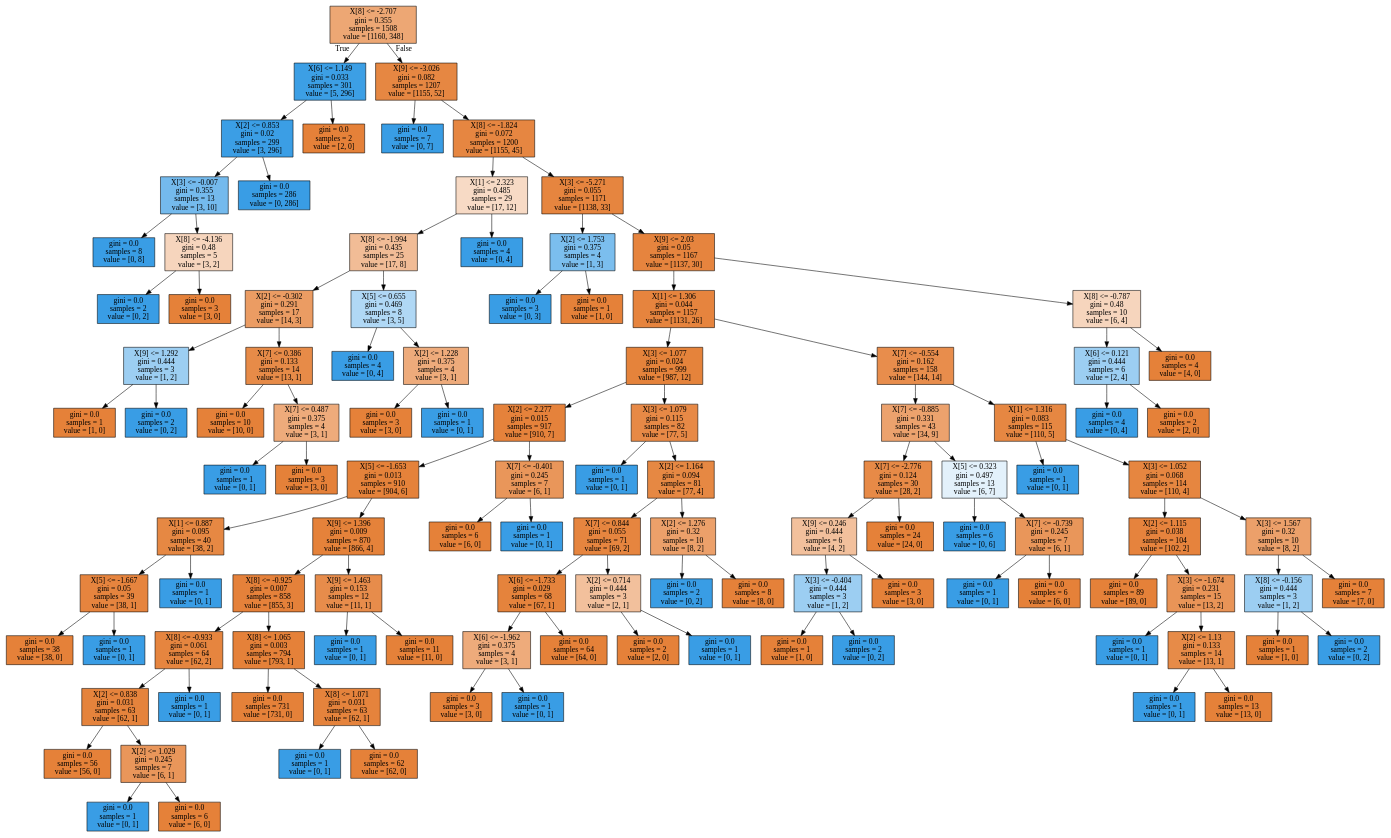
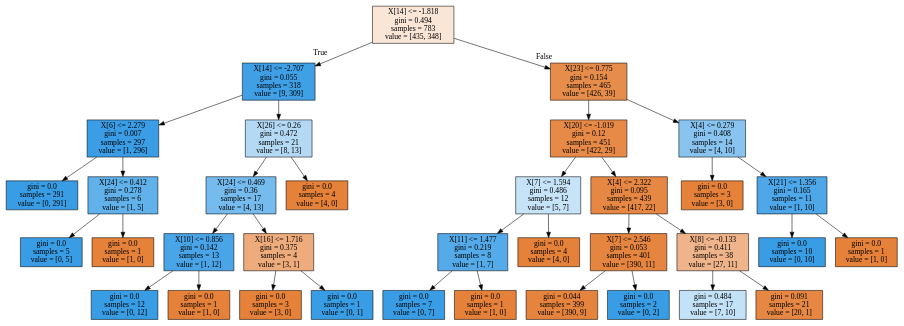
Before and after one commit to alu0101224084/TID-group4: the diagram in Proyecto/tree2.dot, drawn with Graphviz. The commit also changed 2 other files, not shown here.

```diff
--- a/Proyecto/tree2.dot
+++ b/Proyecto/tree2.dot
@@ -1,228 +1,72 @@
 digraph Tree {
 node [shape=box, style="filled", color="black"] ;
-0 [label="X[8] <= -2.707\ngini = 0.355\nsamples = 1508\nvalue = [1160, 348]", fillcolor="#eda774"] ;
-1 [label="X[6] <= 1.149\ngini = 0.033\nsamples = 301\nvalue = [5, 296]", fillcolor="#3c9fe5"] ;
+0 [label="X[14] <= -1.818\ngini = 0.494\nsamples = 783\nvalue = [435, 348]", fillcolor="#fae6d7"] ;
+1 [label="X[14] <= -2.707\ngini = 0.055\nsamples = 318\nvalue = [9, 309]", fillcolor="#3fa0e6"] ;
 0 -> 1 [labeldistance=2.5, labelangle=45, headlabel="True"] ;
-2 [label="X[2] <= 0.853\ngini = 0.02\nsamples = 299\nvalue = [3, 296]", fillcolor="#3b9ee5"] ;
+2 [label="X[6] <= 2.279\ngini = 0.007\nsamples = 297\nvalue = [1, 296]", fillcolor="#3a9de5"] ;
 1 -> 2 ;
-3 [label="X[3] <= -0.007\ngini = 0.355\nsamples = 13\nvalue = [3, 10]", fillcolor="#74baed"] ;
+3 [label="gini = 0.0\nsamples = 291\nvalue = [0, 291]", fillcolor="#399de5"] ;
 2 -> 3 ;
-4 [label="gini = 0.0\nsamples = 8\nvalue = [0, 8]", fillcolor="#399de5"] ;
-3 -> 4 ;
-5 [label="X[8] <= -4.136\ngini = 0.48\nsamples = 5\nvalue = [3, 2]", fillcolor="#f6d5bd"] ;
-3 -> 5 ;
-6 [label="gini = 0.0\nsamples = 2\nvalue = [0, 2]", fillcolor="#399de5"] ;
-5 -> 6 ;
-7 [label="gini = 0.0\nsamples = 3\nvalue = [3, 0]", fillcolor="#e58139"] ;
-5 -> 7 ;
-8 [label="gini = 0.0\nsamples = 286\nvalue = [0, 286]", fillcolor="#399de5"] ;
-2 -> 8 ;
-9 [label="gini = 0.0\nsamples = 2\nvalue = [2, 0]", fillcolor="#e58139"] ;
-1 -> 9 ;
-10 [label="X[9] <= -3.026\ngini = 0.082\nsamples = 1207\nvalue = [1155, 52]", fillcolor="#e68742"] ;
-0 -> 10 [labeldistance=2.5, labelangle=-45, headlabel="False"] ;
-11 [label="gini = 0.0\nsamples = 7\nvalue = [0, 7]", fillcolor="#399de5"] ;
-10 -> 11 ;
-12 [label="X[8] <= -1.824\ngini = 0.072\nsamples = 1200\nvalue = [1155, 45]", fillcolor="#e68641"] ;
-10 -> 12 ;
-13 [label="X[1] <= 2.323\ngini = 0.485\nsamples = 29\nvalue = [17, 12]", fillcolor="#f7dac5"] ;
+4 [label="X[24] <= 0.412\ngini = 0.278\nsamples = 6\nvalue = [1, 5]", fillcolor="#61b1ea"] ;
+2 -> 4 ;
+5 [label="gini = 0.0\nsamples = 5\nvalue = [0, 5]", fillcolor="#399de5"] ;
+4 -> 5 ;
+6 [label="gini = 0.0\nsamples = 1\nvalue = [1, 0]", fillcolor="#e58139"] ;
+4 -> 6 ;
+7 [label="X[26] <= 0.26\ngini = 0.472\nsamples = 21\nvalue = [8, 13]", fillcolor="#b3d9f5"] ;
+1 -> 7 ;
+8 [label="X[24] <= 0.469\ngini = 0.36\nsamples = 17\nvalue = [4, 13]", fillcolor="#76bbed"] ;
+7 -> 8 ;
+9 [label="X[10] <= 0.856\ngini = 0.142\nsamples = 13\nvalue = [1, 12]", fillcolor="#49a5e7"] ;
+8 -> 9 ;
+10 [label="gini = 0.0\nsamples = 12\nvalue = [0, 12]", fillcolor="#399de5"] ;
+9 -> 10 ;
+11 [label="gini = 0.0\nsamples = 1\nvalue = [1, 0]", fillcolor="#e58139"] ;
+9 -> 11 ;
+12 [label="X[16] <= 1.716\ngini = 0.375\nsamples = 4\nvalue = [3, 1]", fillcolor="#eeab7b"] ;
+8 -> 12 ;
+13 [label="gini = 0.0\nsamples = 3\nvalue = [3, 0]", fillcolor="#e58139"] ;
 12 -> 13 ;
-14 [label="X[8] <= -1.994\ngini = 0.435\nsamples = 25\nvalue = [17, 8]", fillcolor="#f1bc96"] ;
-13 -> 14 ;
-15 [label="X[2] <= -0.302\ngini = 0.291\nsamples = 17\nvalue = [14, 3]", fillcolor="#eb9c63"] ;
-14 -> 15 ;
-16 [label="X[9] <= 1.292\ngini = 0.444\nsamples = 3\nvalue = [1, 2]", fillcolor="#9ccef2"] ;
-15 -> 16 ;
-17 [label="gini = 0.0\nsamples = 1\nvalue = [1, 0]", fillcolor="#e58139"] ;
+14 [label="gini = 0.0\nsamples = 1\nvalue = [0, 1]", fillcolor="#399de5"] ;
+12 -> 14 ;
+15 [label="gini = 0.0\nsamples = 4\nvalue = [4, 0]", fillcolor="#e58139"] ;
+7 -> 15 ;
+16 [label="X[23] <= 0.775\ngini = 0.154\nsamples = 465\nvalue = [426, 39]", fillcolor="#e78d4b"] ;
+0 -> 16 [labeldistance=2.5, labelangle=-45, headlabel="False"] ;
+17 [label="X[20] <= -1.019\ngini = 0.12\nsamples = 451\nvalue = [422, 29]", fillcolor="#e78a47"] ;
 16 -> 17 ;
-18 [label="gini = 0.0\nsamples = 2\nvalue = [0, 2]", fillcolor="#399de5"] ;
-16 -> 18 ;
-19 [label="X[7] <= 0.386\ngini = 0.133\nsamples = 14\nvalue = [13, 1]", fillcolor="#e78b48"] ;
-15 -> 19 ;
-20 [label="gini = 0.0\nsamples = 10\nvalue = [10, 0]", fillcolor="#e58139"] ;
+18 [label="X[7] <= 1.594\ngini = 0.486\nsamples = 12\nvalue = [5, 7]", fillcolor="#c6e3f8"] ;
+17 -> 18 ;
+19 [label="X[11] <= 1.477\ngini = 0.219\nsamples = 8\nvalue = [1, 7]", fillcolor="#55abe9"] ;
+18 -> 19 ;
+20 [label="gini = 0.0\nsamples = 7\nvalue = [0, 7]", fillcolor="#399de5"] ;
 19 -> 20 ;
-21 [label="X[7] <= 0.487\ngini = 0.375\nsamples = 4\nvalue = [3, 1]", fillcolor="#eeab7b"] ;
+21 [label="gini = 0.0\nsamples = 1\nvalue = [1, 0]", fillcolor="#e58139"] ;
 19 -> 21 ;
-22 [label="gini = 0.0\nsamples = 1\nvalue = [0, 1]", fillcolor="#399de5"] ;
-21 -> 22 ;
-23 [label="gini = 0.0\nsamples = 3\nvalue = [3, 0]", fillcolor="#e58139"] ;
-21 -> 23 ;
-24 [label="X[5] <= 0.655\ngini = 0.469\nsamples = 8\nvalue = [3, 5]", fillcolor="#b0d8f5"] ;
-14 -> 24 ;
-25 [label="gini = 0.0\nsamples = 4\nvalue = [0, 4]", fillcolor="#399de5"] ;
+22 [label="gini = 0.0\nsamples = 4\nvalue = [4, 0]", fillcolor="#e58139"] ;
+18 -> 22 ;
+23 [label="X[4] <= 2.322\ngini = 0.095\nsamples = 439\nvalue = [417, 22]", fillcolor="#e68843"] ;
+17 -> 23 ;
+24 [label="X[7] <= 2.546\ngini = 0.053\nsamples = 401\nvalue = [390, 11]", fillcolor="#e6853f"] ;
+23 -> 24 ;
+25 [label="gini = 0.044\nsamples = 399\nvalue = [390, 9]", fillcolor="#e6843e"] ;
 24 -> 25 ;
-26 [label="X[2] <= 1.228\ngini = 0.375\nsamples = 4\nvalue = [3, 1]", fillcolor="#eeab7b"] ;
+26 [label="gini = 0.0\nsamples = 2\nvalue = [0, 2]", fillcolor="#399de5"] ;
 24 -> 26 ;
-27 [label="gini = 0.0\nsamples = 3\nvalue = [3, 0]", fillcolor="#e58139"] ;
-26 -> 27 ;
-28 [label="gini = 0.0\nsamples = 1\nvalue = [0, 1]", fillcolor="#399de5"] ;
-26 -> 28 ;
-29 [label="gini = 0.0\nsamples = 4\nvalue = [0, 4]", fillcolor="#399de5"] ;
-13 -> 29 ;
-30 [label="X[3] <= -5.271\ngini = 0.055\nsamples = 1171\nvalue = [1138, 33]", fillcolor="#e6853f"] ;
-12 -> 30 ;
-31 [label="X[2] <= 1.753\ngini = 0.375\nsamples = 4\nvalue = [1, 3]", fillcolor="#7bbeee"] ;
+27 [label="X[8] <= -0.133\ngini = 0.411\nsamples = 38\nvalue = [27, 11]", fillcolor="#f0b48a"] ;
+23 -> 27 ;
+28 [label="gini = 0.484\nsamples = 17\nvalue = [7, 10]", fillcolor="#c4e2f7"] ;
+27 -> 28 ;
+29 [label="gini = 0.091\nsamples = 21\nvalue = [20, 1]", fillcolor="#e68743"] ;
+27 -> 29 ;
+30 [label="X[4] <= 0.279\ngini = 0.408\nsamples = 14\nvalue = [4, 10]", fillcolor="#88c4ef"] ;
+16 -> 30 ;
+31 [label="gini = 0.0\nsamples = 3\nvalue = [3, 0]", fillcolor="#e58139"] ;
 30 -> 31 ;
-32 [label="gini = 0.0\nsamples = 3\nvalue = [0, 3]", fillcolor="#399de5"] ;
-31 -> 32 ;
-33 [label="gini = 0.0\nsamples = 1\nvalue = [1, 0]", fillcolor="#e58139"] ;
-31 -> 33 ;
-34 [label="X[9] <= 2.03\ngini = 0.05\nsamples = 1167\nvalue = [1137, 30]", fillcolor="#e6843e"] ;
-30 -> 34 ;
-35 [label="X[1] <= 1.306\ngini = 0.044\nsamples = 1157\nvalue = [1131, 26]", fillcolor="#e6843e"] ;
-34 -> 35 ;
-36 [label="X[3] <= 1.077\ngini = 0.024\nsamples = 999\nvalue = [987, 12]", fillcolor="#e5833b"] ;
-35 -> 36 ;
-37 [label="X[2] <= 2.277\ngini = 0.015\nsamples = 917\nvalue = [910, 7]", fillcolor="#e5823b"] ;
-36 -> 37 ;
-38 [label="X[5] <= -1.653\ngini = 0.013\nsamples = 910\nvalue = [904, 6]", fillcolor="#e5823a"] ;
-37 -> 38 ;
-39 [label="X[1] <= 0.887\ngini = 0.095\nsamples = 40\nvalue = [38, 2]", fillcolor="#e68843"] ;
-38 -> 39 ;
-40 [label="X[5] <= -1.667\ngini = 0.05\nsamples = 39\nvalue = [38, 1]", fillcolor="#e6843e"] ;
-39 -> 40 ;
-41 [label="gini = 0.0\nsamples = 38\nvalue = [38, 0]", fillcolor="#e58139"] ;
-40 -> 41 ;
-42 [label="gini = 0.0\nsamples = 1\nvalue = [0, 1]", fillcolor="#399de5"] ;
-40 -> 42 ;
-43 [label="gini = 0.0\nsamples = 1\nvalue = [0, 1]", fillcolor="#399de5"] ;
-39 -> 43 ;
-44 [label="X[9] <= 1.396\ngini = 0.009\nsamples = 870\nvalue = [866, 4]", fillcolor="#e5823a"] ;
-38 -> 44 ;
-45 [label="X[8] <= -0.925\ngini = 0.007\nsamples = 858\nvalue = [855, 3]", fillcolor="#e5813a"] ;
-44 -> 45 ;
-46 [label="X[8] <= -0.933\ngini = 0.061\nsamples = 64\nvalue = [62, 2]", fillcolor="#e6853f"] ;
-45 -> 46 ;
-47 [label="X[2] <= 0.838\ngini = 0.031\nsamples = 63\nvalue = [62, 1]", fillcolor="#e5833c"] ;
-46 -> 47 ;
-48 [label="gini = 0.0\nsamples = 56\nvalue = [56, 0]", fillcolor="#e58139"] ;
-47 -> 48 ;
-49 [label="X[2] <= 1.029\ngini = 0.245\nsamples = 7\nvalue = [6, 1]", fillcolor="#e9965a"] ;
-47 -> 49 ;
-50 [label="gini = 0.0\nsamples = 1\nvalue = [0, 1]", fillcolor="#399de5"] ;
-49 -> 50 ;
-51 [label="gini = 0.0\nsamples = 6\nvalue = [6, 0]", fillcolor="#e58139"] ;
-49 -> 51 ;
-52 [label="gini = 0.0\nsamples = 1\nvalue = [0, 1]", fillcolor="#399de5"] ;
-46 -> 52 ;
-53 [label="X[8] <= 1.065\ngini = 0.003\nsamples = 794\nvalue = [793, 1]", fillcolor="#e58139"] ;
-45 -> 53 ;
-54 [label="gini = 0.0\nsamples = 731\nvalue = [731, 0]", fillcolor="#e58139"] ;
-53 -> 54 ;
-55 [label="X[8] <= 1.071\ngini = 0.031\nsamples = 63\nvalue = [62, 1]", fillcolor="#e5833c"] ;
-53 -> 55 ;
-56 [label="gini = 0.0\nsamples = 1\nvalue = [0, 1]", fillcolor="#399de5"] ;
-55 -> 56 ;
-57 [label="gini = 0.0\nsamples = 62\nvalue = [62, 0]", fillcolor="#e58139"] ;
-55 -> 57 ;
-58 [label="X[9] <= 1.463\ngini = 0.153\nsamples = 12\nvalue = [11, 1]", fillcolor="#e78c4b"] ;
-44 -> 58 ;
-59 [label="gini = 0.0\nsamples = 1\nvalue = [0, 1]", fillcolor="#399de5"] ;
-58 -> 59 ;
-60 [label="gini = 0.0\nsamples = 11\nvalue = [11, 0]", fillcolor="#e58139"] ;
-58 -> 60 ;
-61 [label="X[7] <= -0.401\ngini = 0.245\nsamples = 7\nvalue = [6, 1]", fillcolor="#e9965a"] ;
-37 -> 61 ;
-62 [label="gini = 0.0\nsamples = 6\nvalue = [6, 0]", fillcolor="#e58139"] ;
-61 -> 62 ;
-63 [label="gini = 0.0\nsamples = 1\nvalue = [0, 1]", fillcolor="#399de5"] ;
-61 -> 63 ;
-64 [label="X[3] <= 1.079\ngini = 0.115\nsamples = 82\nvalue = [77, 5]", fillcolor="#e78946"] ;
-36 -> 64 ;
-65 [label="gini = 0.0\nsamples = 1\nvalue = [0, 1]", fillcolor="#399de5"] ;
-64 -> 65 ;
-66 [label="X[2] <= 1.164\ngini = 0.094\nsamples = 81\nvalue = [77, 4]", fillcolor="#e68843"] ;
-64 -> 66 ;
-67 [label="X[7] <= 0.844\ngini = 0.055\nsamples = 71\nvalue = [69, 2]", fillcolor="#e6853f"] ;
-66 -> 67 ;
-68 [label="X[6] <= -1.733\ngini = 0.029\nsamples = 68\nvalue = [67, 1]", fillcolor="#e5833c"] ;
-67 -> 68 ;
-69 [label="X[6] <= -1.962\ngini = 0.375\nsamples = 4\nvalue = [3, 1]", fillcolor="#eeab7b"] ;
-68 -> 69 ;
-70 [label="gini = 0.0\nsamples = 3\nvalue = [3, 0]", fillcolor="#e58139"] ;
-69 -> 70 ;
-71 [label="gini = 0.0\nsamples = 1\nvalue = [0, 1]", fillcolor="#399de5"] ;
-69 -> 71 ;
-72 [label="gini = 0.0\nsamples = 64\nvalue = [64, 0]", fillcolor="#e58139"] ;
-68 -> 72 ;
-73 [label="X[2] <= 0.714\ngini = 0.444\nsamples = 3\nvalue = [2, 1]", fillcolor="#f2c09c"] ;
-67 -> 73 ;
-74 [label="gini = 0.0\nsamples = 2\nvalue = [2, 0]", fillcolor="#e58139"] ;
-73 -> 74 ;
-75 [label="gini = 0.0\nsamples = 1\nvalue = [0, 1]", fillcolor="#399de5"] ;
-73 -> 75 ;
-76 [label="X[2] <= 1.276\ngini = 0.32\nsamples = 10\nvalue = [8, 2]", fillcolor="#eca06a"] ;
-66 -> 76 ;
-77 [label="gini = 0.0\nsamples = 2\nvalue = [0, 2]", fillcolor="#399de5"] ;
-76 -> 77 ;
-78 [label="gini = 0.0\nsamples = 8\nvalue = [8, 0]", fillcolor="#e58139"] ;
-76 -> 78 ;
-79 [label="X[7] <= -0.554\ngini = 0.162\nsamples = 158\nvalue = [144, 14]", fillcolor="#e88d4c"] ;
-35 -> 79 ;
-80 [label="X[7] <= -0.885\ngini = 0.331\nsamples = 43\nvalue = [34, 9]", fillcolor="#eca26d"] ;
-79 -> 80 ;
-81 [label="X[7] <= -2.776\ngini = 0.124\nsamples = 30\nvalue = [28, 2]", fillcolor="#e78a47"] ;
-80 -> 81 ;
-82 [label="X[9] <= 0.246\ngini = 0.444\nsamples = 6\nvalue = [4, 2]", fillcolor="#f2c09c"] ;
-81 -> 82 ;
-83 [label="X[3] <= -0.404\ngini = 0.444\nsamples = 3\nvalue = [1, 2]", fillcolor="#9ccef2"] ;
-82 -> 83 ;
-84 [label="gini = 0.0\nsamples = 1\nvalue = [1, 0]", fillcolor="#e58139"] ;
-83 -> 84 ;
-85 [label="gini = 0.0\nsamples = 2\nvalue = [0, 2]", fillcolor="#399de5"] ;
-83 -> 85 ;
-86 [label="gini = 0.0\nsamples = 3\nvalue = [3, 0]", fillcolor="#e58139"] ;
-82 -> 86 ;
-87 [label="gini = 0.0\nsamples = 24\nvalue = [24, 0]", fillcolor="#e58139"] ;
-81 -> 87 ;
-88 [label="X[5] <= 0.323\ngini = 0.497\nsamples = 13\nvalue = [6, 7]", fillcolor="#e3f1fb"] ;
-80 -> 88 ;
-89 [label="gini = 0.0\nsamples = 6\nvalue = [0, 6]", fillcolor="#399de5"] ;
-88 -> 89 ;
-90 [label="X[7] <= -0.739\ngini = 0.245\nsamples = 7\nvalue = [6, 1]", fillcolor="#e9965a"] ;
-88 -> 90 ;
-91 [label="gini = 0.0\nsamples = 1\nvalue = [0, 1]", fillcolor="#399de5"] ;
-90 -> 91 ;
-92 [label="gini = 0.0\nsamples = 6\nvalue = [6, 0]", fillcolor="#e58139"] ;
-90 -> 92 ;
-93 [label="X[1] <= 1.316\ngini = 0.083\nsamples = 115\nvalue = [110, 5]", fillcolor="#e68742"] ;
-79 -> 93 ;
-94 [label="gini = 0.0\nsamples = 1\nvalue = [0, 1]", fillcolor="#399de5"] ;
-93 -> 94 ;
-95 [label="X[3] <= 1.052\ngini = 0.068\nsamples = 114\nvalue = [110, 4]", fillcolor="#e68640"] ;
-93 -> 95 ;
-96 [label="X[2] <= 1.115\ngini = 0.038\nsamples = 104\nvalue = [102, 2]", fillcolor="#e6833d"] ;
-95 -> 96 ;
-97 [label="gini = 0.0\nsamples = 89\nvalue = [89, 0]", fillcolor="#e58139"] ;
-96 -> 97 ;
-98 [label="X[3] <= -1.674\ngini = 0.231\nsamples = 15\nvalue = [13, 2]", fillcolor="#e99457"] ;
-96 -> 98 ;
-99 [label="gini = 0.0\nsamples = 1\nvalue = [0, 1]", fillcolor="#399de5"] ;
-98 -> 99 ;
-100 [label="X[2] <= 1.13\ngini = 0.133\nsamples = 14\nvalue = [13, 1]", fillcolor="#e78b48"] ;
-98 -> 100 ;
-101 [label="gini = 0.0\nsamples = 1\nvalue = [0, 1]", fillcolor="#399de5"] ;
-100 -> 101 ;
-102 [label="gini = 0.0\nsamples = 13\nvalue = [13, 0]", fillcolor="#e58139"] ;
-100 -> 102 ;
-103 [label="X[3] <= 1.567\ngini = 0.32\nsamples = 10\nvalue = [8, 2]", fillcolor="#eca06a"] ;
-95 -> 103 ;
-104 [label="X[8] <= -0.156\ngini = 0.444\nsamples = 3\nvalue = [1, 2]", fillcolor="#9ccef2"] ;
-103 -> 104 ;
-105 [label="gini = 0.0\nsamples = 1\nvalue = [1, 0]", fillcolor="#e58139"] ;
-104 -> 105 ;
-106 [label="gini = 0.0\nsamples = 2\nvalue = [0, 2]", fillcolor="#399de5"] ;
-104 -> 106 ;
-107 [label="gini = 0.0\nsamples = 7\nvalue = [7, 0]", fillcolor="#e58139"] ;
-103 -> 107 ;
-108 [label="X[8] <= -0.787\ngini = 0.48\nsamples = 10\nvalue = [6, 4]", fillcolor="#f6d5bd"] ;
-34 -> 108 ;
-109 [label="X[6] <= 0.121\ngini = 0.444\nsamples = 6\nvalue = [2, 4]", fillcolor="#9ccef2"] ;
-108 -> 109 ;
-110 [label="gini = 0.0\nsamples = 4\nvalue = [0, 4]", fillcolor="#399de5"] ;
-109 -> 110 ;
-111 [label="gini = 0.0\nsamples = 2\nvalue = [2, 0]", fillcolor="#e58139"] ;
-109 -> 111 ;
-112 [label="gini = 0.0\nsamples = 4\nvalue = [4, 0]", fillcolor="#e58139"] ;
-108 -> 112 ;
+32 [label="X[21] <= 1.356\ngini = 0.165\nsamples = 11\nvalue = [1, 10]", fillcolor="#4da7e8"] ;
+30 -> 32 ;
+33 [label="gini = 0.0\nsamples = 10\nvalue = [0, 10]", fillcolor="#399de5"] ;
+32 -> 33 ;
+34 [label="gini = 0.0\nsamples = 1\nvalue = [1, 0]", fillcolor="#e58139"] ;
+32 -> 34 ;
 }
```
